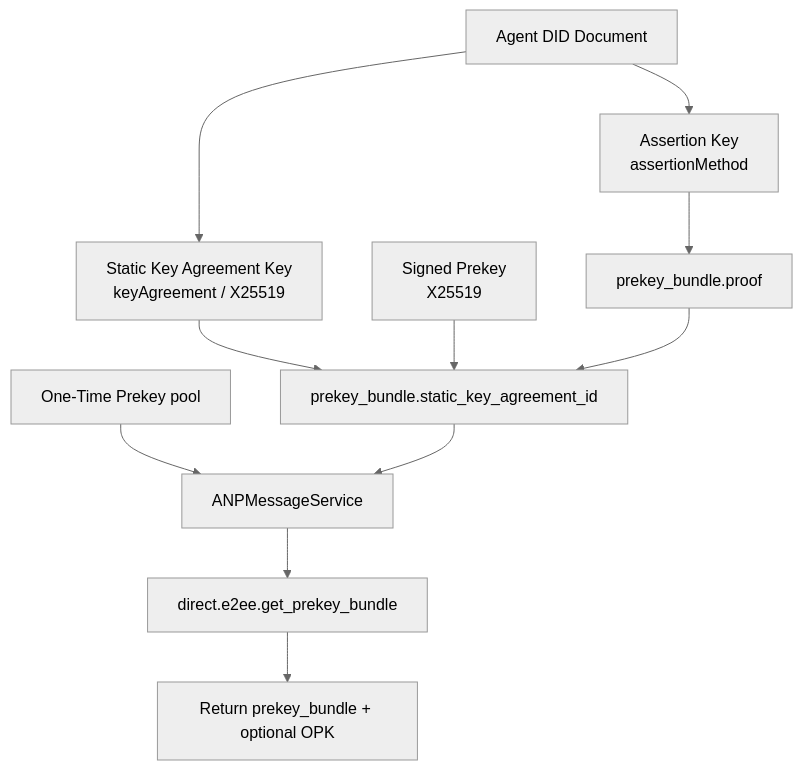
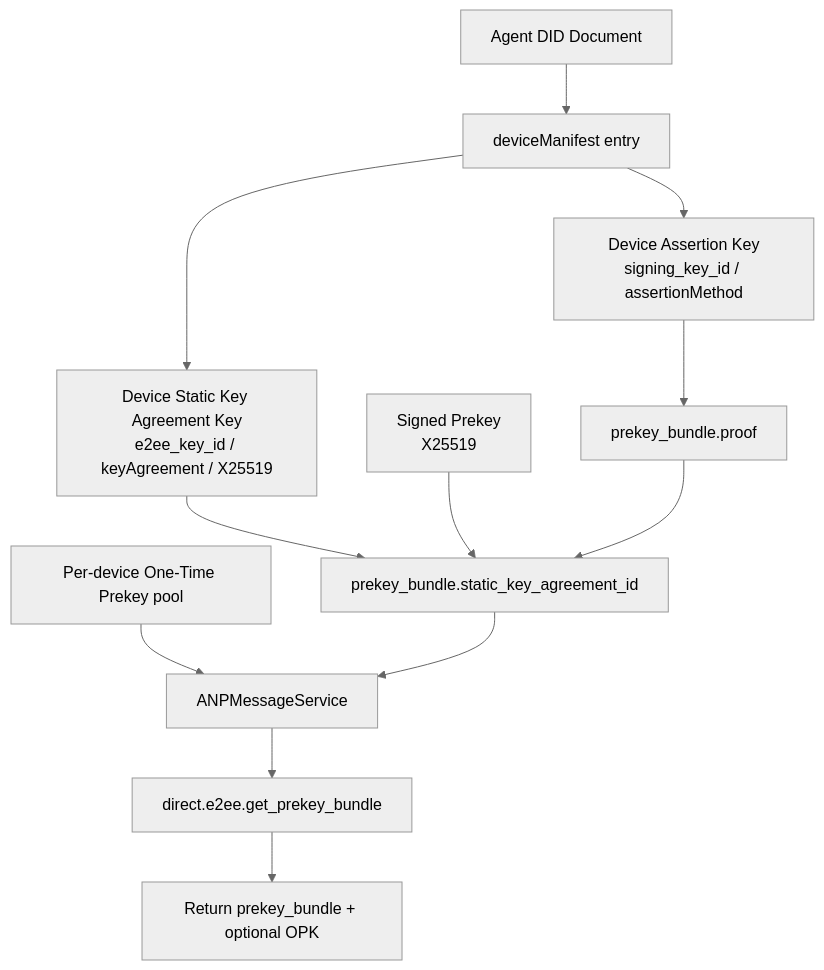
Before and after one commit to NeatNerdPrime/AgentNetworkProtocol: the first of 4 diagrams in message/vnext/05-direct-end-to-end-encryption.md, drawn with Mermaid (neutral theme). The commit also changed other lines of this file and 31 other files, not shown here.

````diff
--- a/message/vnext/05-direct-end-to-end-encryption.md
+++ b/message/vnext/05-direct-end-to-end-encryption.md
@@ -183,18 +214,19 @@
 ```mermaid
 flowchart TB
 DID[Agent DID Document]
 
-DID --> AK[Assertion Key<br/>assertionMethod]
-DID --> KA[Static Key Agreement Key<br/>keyAgreement / X25519]
+DID --> DM[deviceManifest entry]
+DM --> AK[Device Assertion Key<br/>signing_key_id / assertionMethod]
+DM --> KA[Device Static Key Agreement Key<br/>e2ee_key_id / keyAgreement / X25519]
 
 AK --> PBP[prekey_bundle.proof]
 KA --> PB[prekey_bundle.static_key_agreement_id]
 
 SPK[Signed Prekey<br/>X25519] --> PB
 PBP --> PB
 
-OPK[One-Time Prekey pool] --> SVC[ANPMessageService]
+OPK[Per-device One-Time Prekey pool] --> SVC[ANPMessageService]
 PB --> SVC
 SVC --> GET[direct.e2ee.get_prekey_bundle]
 GET --> RET[Return prekey_bundle + optional OPK]
 ```
````
